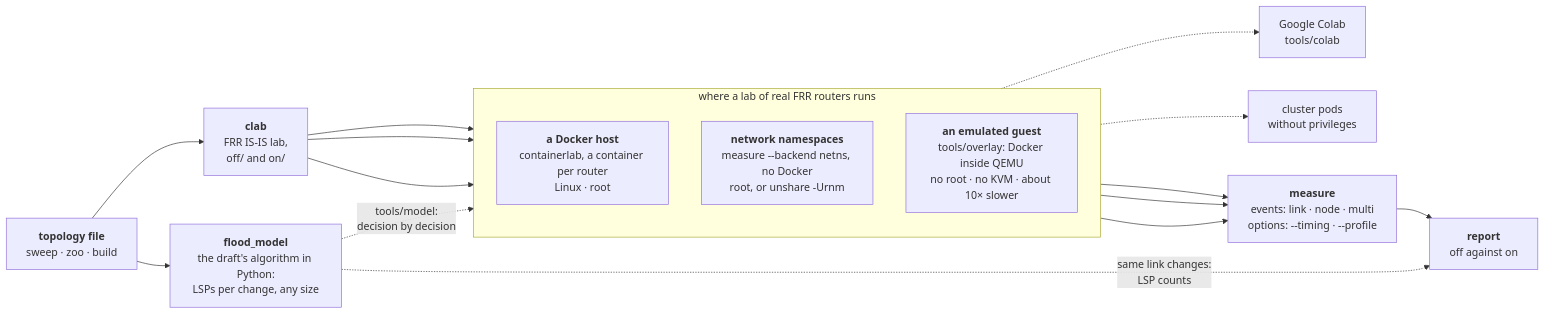
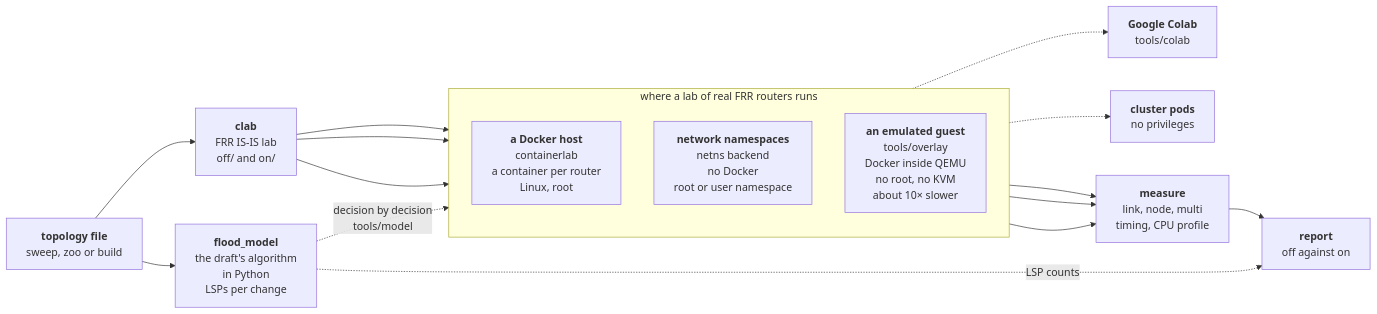
Before and after one commit to ahb-sjsu/topology-builders: the second of 4 diagrams in README.md, drawn with Mermaid. The commit also changed other lines of this file and 9 other files, not shown here.

````diff
--- a/README.md
+++ b/README.md
@@ -28,18 +28,19 @@
 ```mermaid
+%%{init: {"flowchart": {"wrappingWidth": 400}}}%%
 flowchart LR
-    T["<b>topology file</b><br/>sweep · zoo · build"] --> MOD["<b>flood_model</b><br/>the draft's algorithm in Python:<br/>LSPs per change, any size"]
-    T --> C["<b>clab</b><br/>FRR IS-IS lab,<br/>off/ and on/"]
+    T["<b>topology file</b><br/>sweep, zoo or build"] --> MOD["<b>flood_model</b><br/>the draft's algorithm<br/>in Python<br/>LSPs per change"]
+    T --> C["<b>clab</b><br/>FRR IS-IS lab<br/>off/ and on/"]
     subgraph RUN["where a lab of real FRR routers runs"]
         direction TB
-        D["<b>a Docker host</b><br/>containerlab, a container per router<br/>Linux · root"]
-        N["<b>network namespaces</b><br/>measure --backend netns, no Docker<br/>root, or unshare -Urnm"]
-        O["<b>an emulated guest</b><br/>tools/overlay: Docker inside QEMU<br/>no root · no KVM · about 10× slower"]
+        D["<b>a Docker host</b><br/>containerlab<br/>a container per router<br/>Linux, root"]
+        N["<b>network namespaces</b><br/>netns backend<br/>no Docker<br/>root or user namespace"]
+        O["<b>an emulated guest</b><br/>tools/overlay<br/>Docker inside QEMU<br/>no root, no KVM<br/>about 10× slower"]
     end
     C --> D & N & O
-    N -.-> COL["Google Colab<br/>tools/colab"]
-    O -.-> POD["cluster pods<br/>without privileges"]
-    D & N & O --> EV["<b>measure</b><br/>events: link · node · multi<br/>options: --timing · --profile"]
+    N -.-> COL["<b>Google Colab</b><br/>tools/colab"]
+    O -.-> POD["<b>cluster pods</b><br/>no privileges"]
+    D & N & O --> EV["<b>measure</b><br/>link, node, multi<br/>timing, CPU profile"]
     EV --> REP["<b>report</b><br/>off against on"]
-    MOD -.->|"same link changes:<br/>LSP counts"| REP
-    MOD -.->|"tools/model:<br/>decision by decision"| N
+    MOD -.->|"LSP counts"| REP
+    MOD -.->|"decision by decision<br/>tools/model"| N
 ```
````
